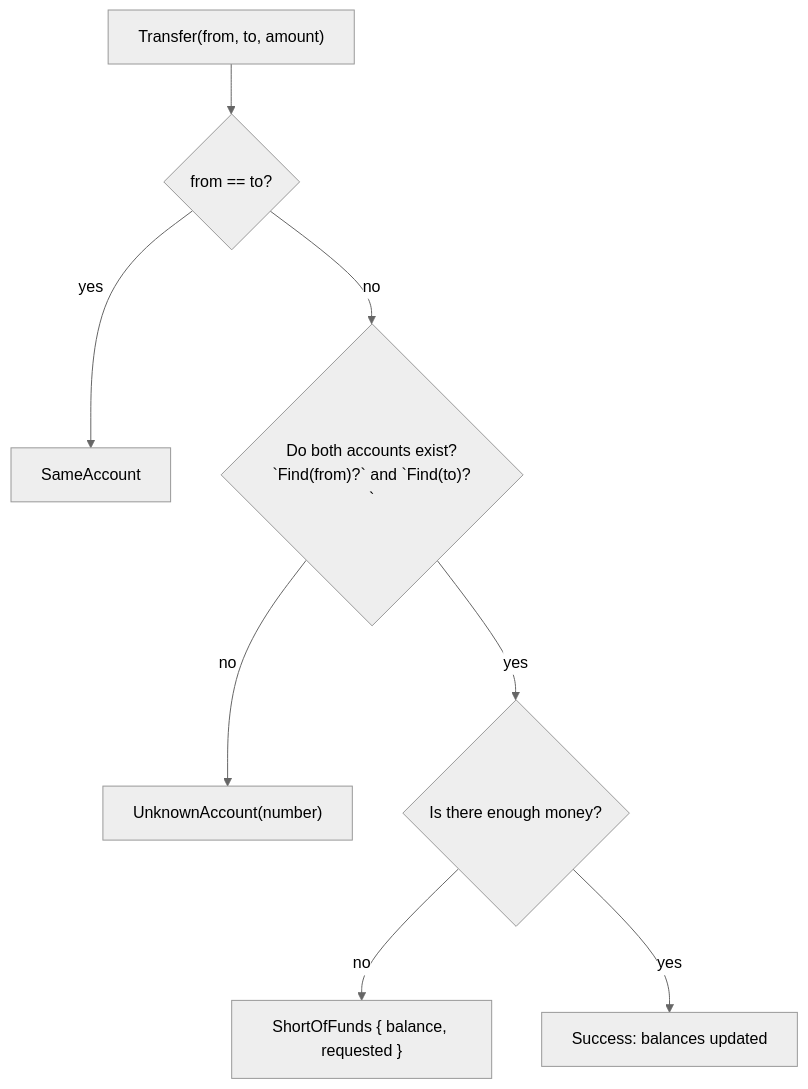
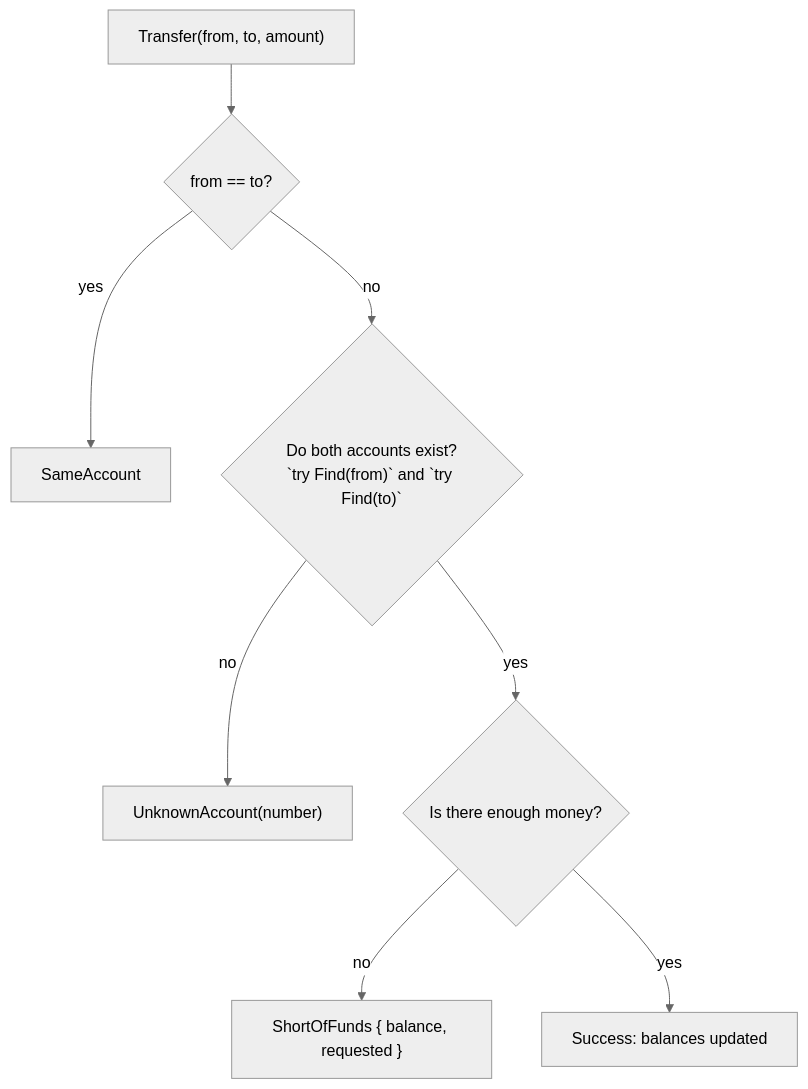
The diagram in content/docs/1.learn/09.errors/09.error-variant.md (rux-lang/Web), drawn with Mermaid (neutral theme) before and after one commit. The commit also changed other lines of this file and 736 other files, not shown here.

````diff
--- a/content/docs/1.learn/09.errors/09.error-variant.md
+++ b/content/docs/1.learn/09.errors/09.error-variant.md
@@ -72,10 +72,10 @@
 ```mermaid
 flowchart TD
     start["`Transfer(from, to, amount)`"] --> same{"`from == to?`"}
     same -- "yes" --> e1["`SameAccount`"]
-    same -- "no" --> find{"Do both accounts exist?<br/>`Find(from)?` and `Find(to)?`"}
+    same -- "no" --> find{"Do both accounts exist?<br/>`try Find(from)` and `try Find(to)`"}
     find -- "no" --> e2["`UnknownAccount(number)`"]
     find -- "yes" --> funds{"Is there enough money?"}
     funds -- "no" --> e3["`ShortOfFunds { balance, requested }`"]
     funds -- "yes" --> done["Success: balances updated"]
 ```
````
